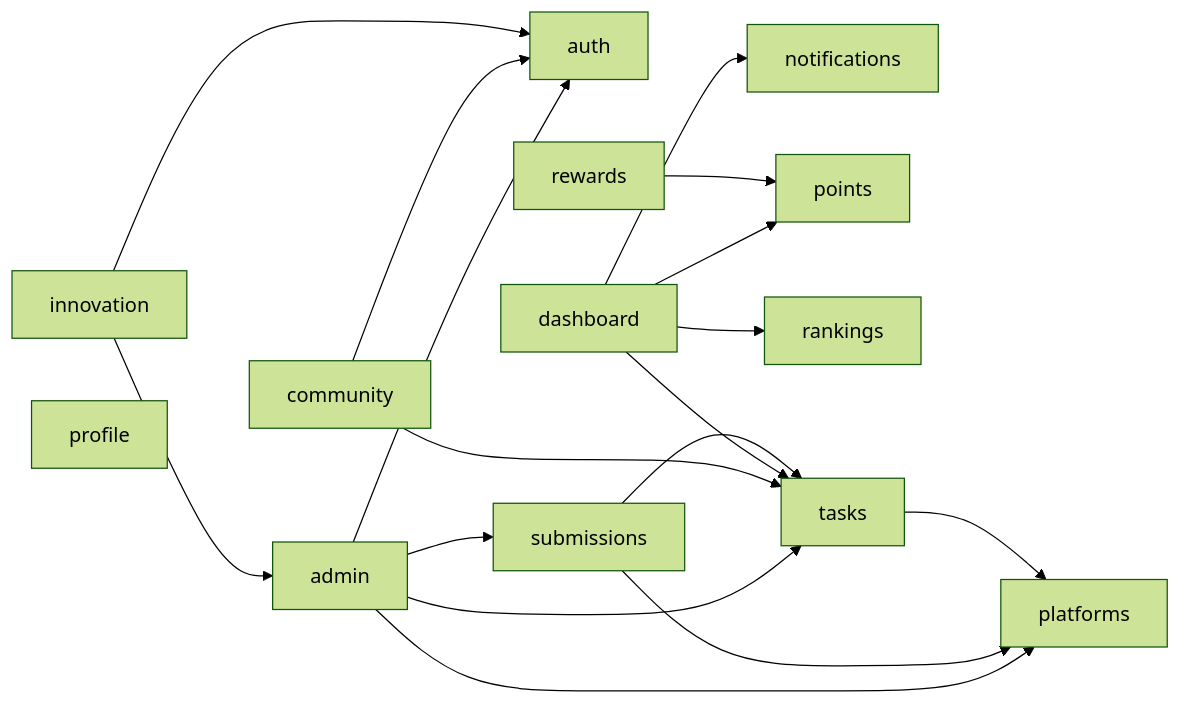
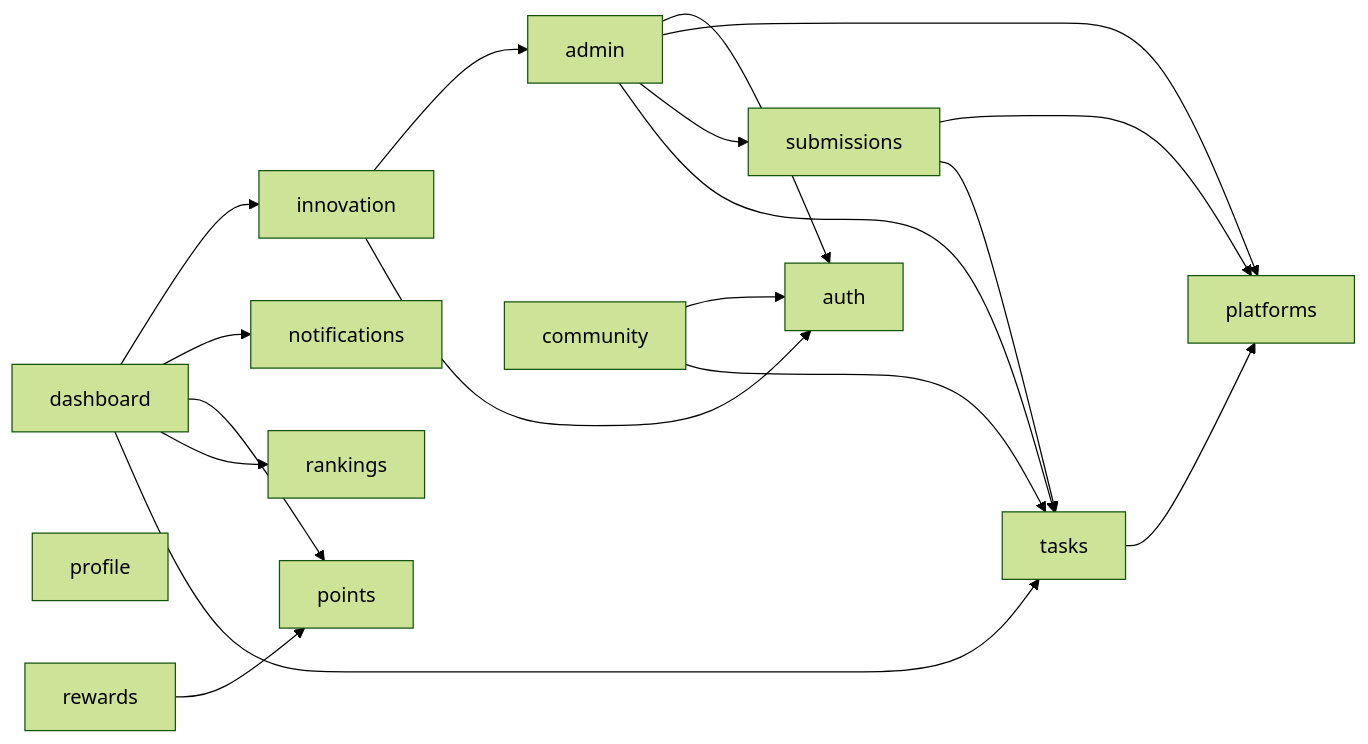
Before and after one commit to Penghuige/campus-quest: the second of 2 diagrams in docs/architecture/as-built.md, drawn with Mermaid (forest theme). The commit also changed other lines of this file and 2 other files, not shown here.

````diff
--- a/docs/architecture/as-built.md
+++ b/docs/architecture/as-built.md
@@ -121,32 +121,33 @@
 ```mermaid
 flowchart LR
     fe_admin[admin]
     fe_auth[auth]
     fe_community[community]
     fe_dashboard[dashboard]
     fe_innovation[innovation]
     fe_notifications[notifications]
     fe_platforms[platforms]
     fe_points[points]
     fe_profile[profile]
     fe_rankings[rankings]
     fe_rewards[rewards]
     fe_submissions[submissions]
     fe_tasks[tasks]
     fe_admin --> fe_auth
     fe_admin --> fe_platforms
     fe_admin --> fe_submissions
     fe_admin --> fe_tasks
     fe_community --> fe_auth
     fe_community --> fe_tasks
+    fe_dashboard --> fe_innovation
     fe_dashboard --> fe_notifications
     fe_dashboard --> fe_points
     fe_dashboard --> fe_rankings
     fe_dashboard --> fe_tasks
     fe_innovation --> fe_admin
     fe_innovation --> fe_auth
     fe_rewards --> fe_points
     fe_submissions --> fe_platforms
     fe_submissions --> fe_tasks
     fe_tasks --> fe_platforms
 ```
````
